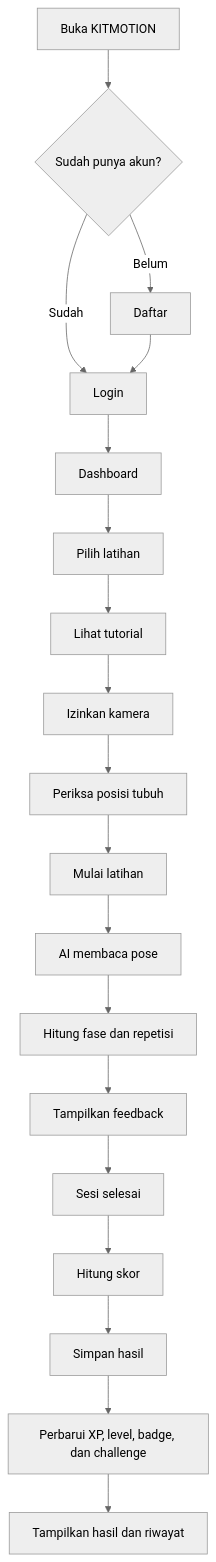
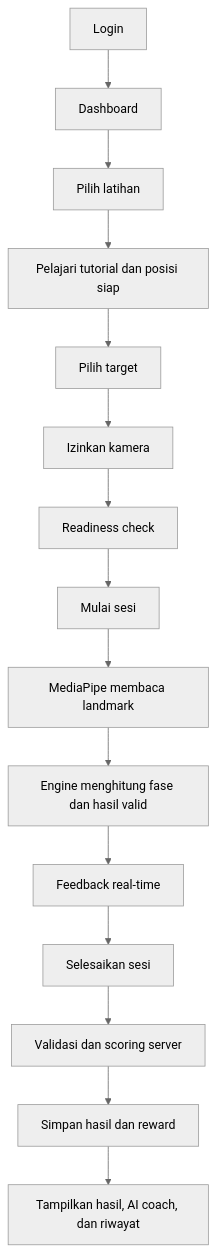
One commit to krisnatfk/kitmotion changed the second of 3 diagrams in prd.md. Above: the diagram before and after it, drawn with Mermaid (neutral theme). The commit also changed other lines of this file and 11 other files, not shown here.

````diff
--- a/prd.md
+++ b/prd.md
@@ -177,21 +165,17 @@
 ```mermaid
 flowchart TD
-    A[Buka KITMOTION] --> B{Sudah punya akun?}
-    B -- Belum --> C[Daftar]
-    B -- Sudah --> D[Login]
-    C --> D
-    D --> E[Dashboard]
-    E --> F[Pilih latihan]
-    F --> G[Lihat tutorial]
-    G --> H[Izinkan kamera]
-    H --> I[Periksa posisi tubuh]
-    I --> J[Mulai latihan]
-    J --> K[AI membaca pose]
-    K --> L[Hitung fase dan repetisi]
-    L --> M[Tampilkan feedback]
-    M --> N[Sesi selesai]
-    N --> O[Hitung skor]
-    O --> P[Simpan hasil]
-    P --> Q[Perbarui XP, level, badge, dan challenge]
-    Q --> R[Tampilkan hasil dan riwayat]
+    A[Login] --> B[Dashboard]
+    B --> C[Pilih latihan]
+    C --> D[Pelajari tutorial dan posisi siap]
+    D --> E[Pilih target]
+    E --> F[Izinkan kamera]
+    F --> G[Readiness check]
+    G --> H[Mulai sesi]
+    H --> I[MediaPipe membaca landmark]
+    I --> J[Engine menghitung fase dan hasil valid]
+    J --> K[Feedback real-time]
+    K --> L[Selesaikan sesi]
+    L --> M[Validasi dan scoring server]
+    M --> N[Simpan hasil dan reward]
+    N --> O[Tampilkan hasil, AI coach, dan riwayat]
 ```
````
